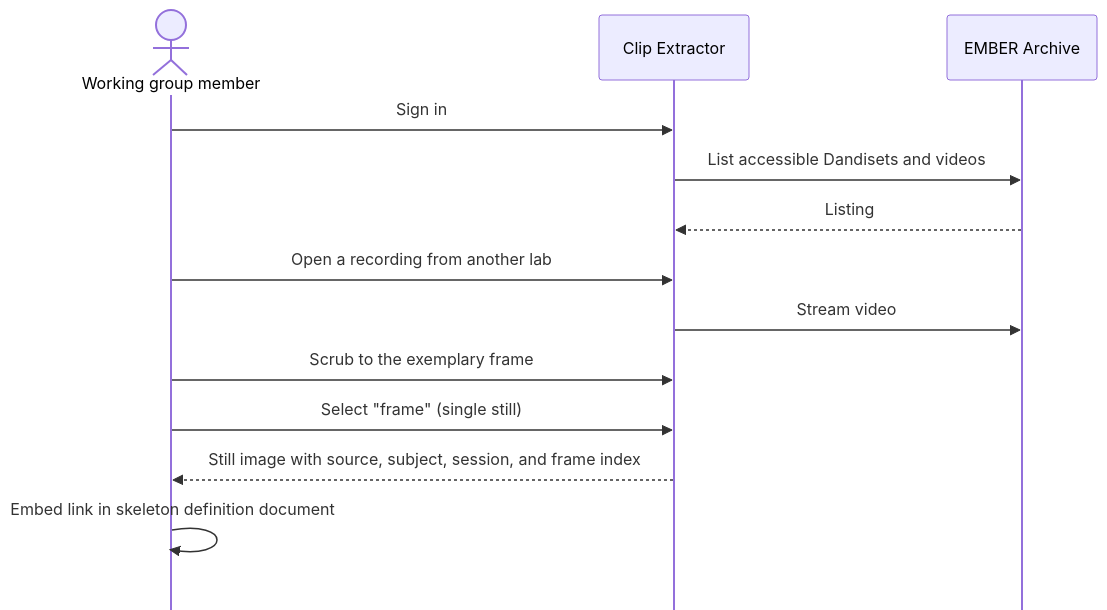
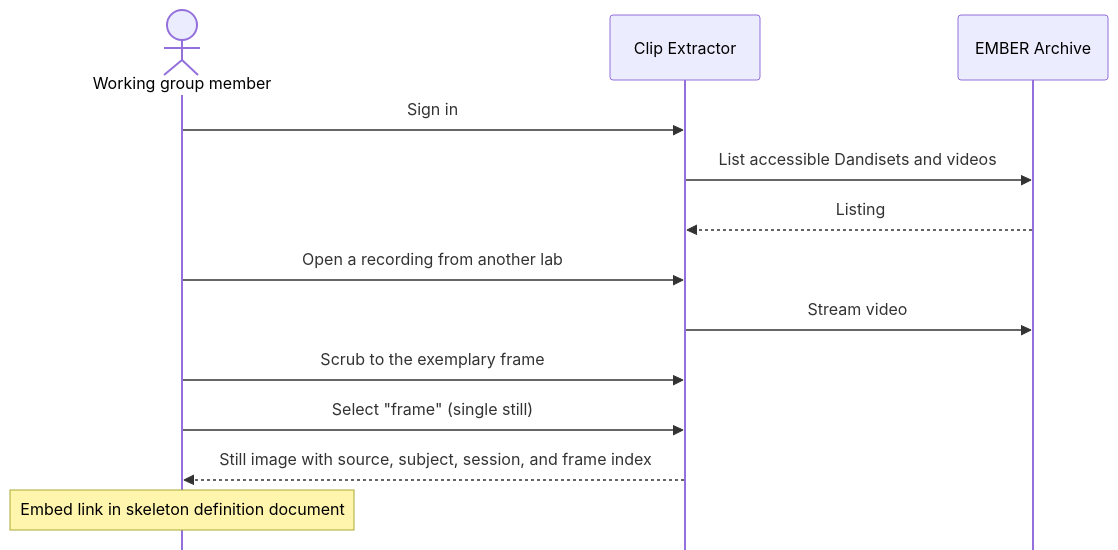
Before and after one commit to CodyCBakerPhD/BBQS-EMBER-docs: the diagram in user-stories/clip-extractor/story-04-capture-a-reference-frame-for-a-skeleton-definition.md, drawn with Mermaid. The commit also changed 1 other file, not shown here.

Commit message:
Keep Mermaid label text off the lifelines
Story 4's self-message centred its label on the actor's own lifeline, so
the line ran through the text. Use a note instead, which mermaid draws as
a filled box.

Record the general rule in AGENTS.md: order participants so messages run
between neighbours, use notes rather than self-messages, and render a
diagram before pushing it. Checked all 15 diagrams by measuring each
label's bounding box against the lifeline positions; none overlap now.

Claude-Session: https://claude.ai/code/session_01KSq3qDadhayiuncAEve3ry

````diff
--- a/user-stories/clip-extractor/story-04-capture-a-reference-frame-for-a-skeleton-definition.md
+++ b/user-stories/clip-extractor/story-04-capture-a-reference-frame-for-a-skeleton-definition.md
@@ -17,17 +17,17 @@
 ```mermaid
 %%{init: {"sequence": {"mirrorActors": false}}}%%
 sequenceDiagram
     actor W as Working group member
     participant CE as Clip Extractor
     participant E as EMBER Archive
 
     W->>CE: Sign in
     CE->>E: List accessible Dandisets and videos
     E-->>CE: Listing
     W->>CE: Open a recording from another lab
     CE->>E: Stream video
     W->>CE: Scrub to the exemplary frame
     W->>CE: Select "frame" (single still)
     CE-->>W: Still image with source, subject, session, and frame index
-    W->>W: Embed link in skeleton definition document
+    Note over W: Embed link in skeleton definition document
 ```
````
